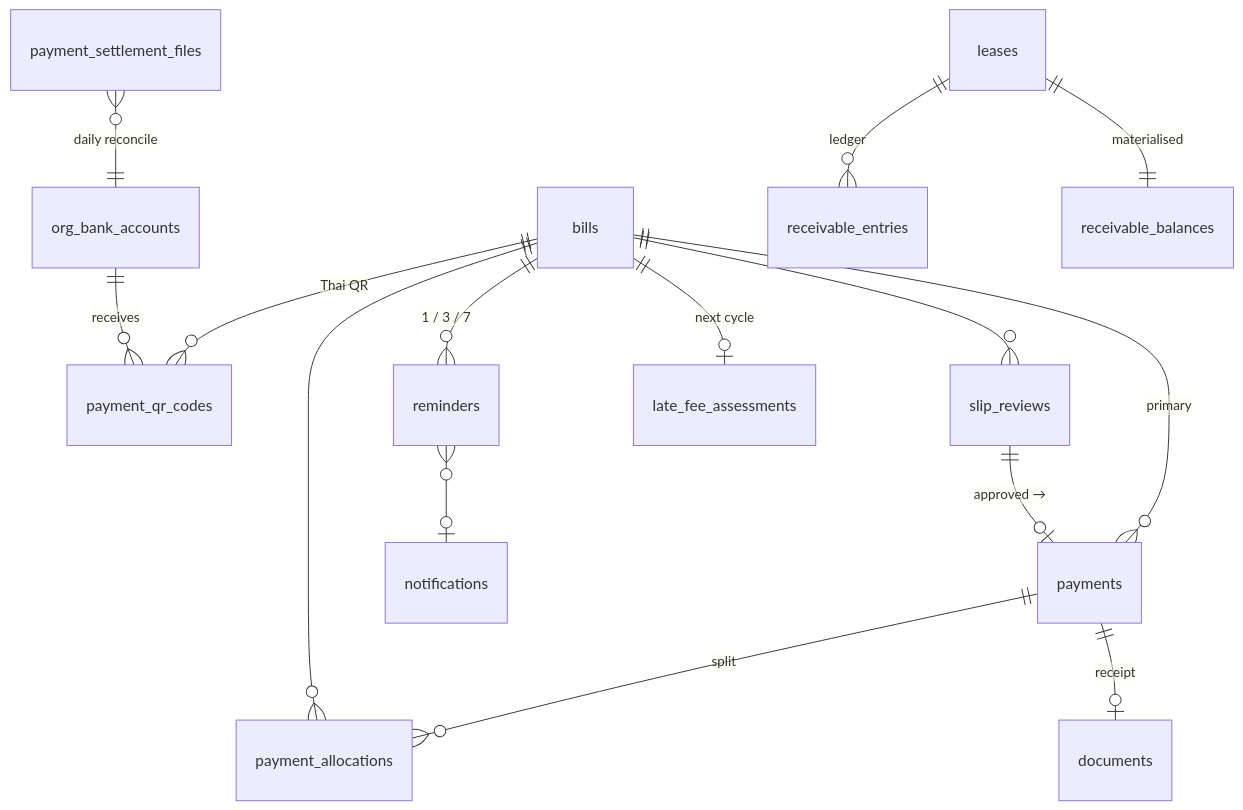
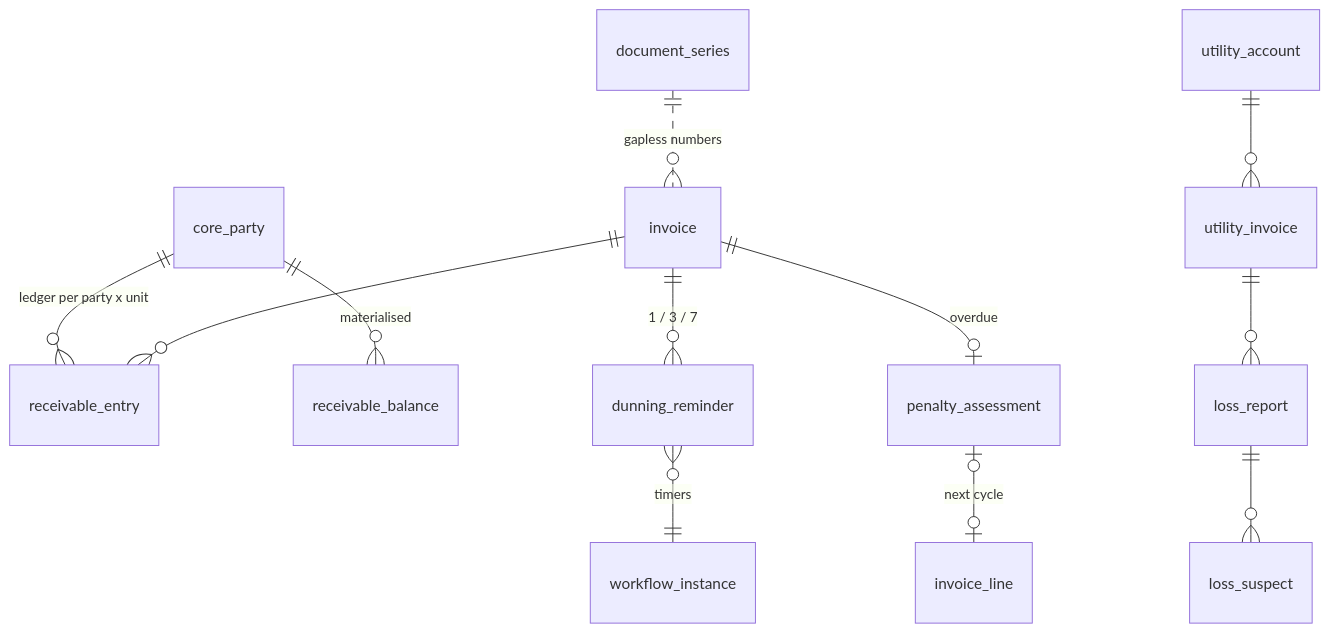
One commit to Collective-Group-Thailand/getproperty-api changed the ninth of 13 diagrams in docs/schema-design.md. Above: the diagram before and after it, drawn with Mermaid. The commit also changed other lines of this file, not shown here.

First line of the commit message:
docs(schema): schema design v2 — neutral asset core, six schemas, RLS (D-150–D-161)

````diff
--- a/docs/schema-design.md
+++ b/docs/schema-design.md
@@ -1183,17 +1238,14 @@
 ```mermaid
 erDiagram
-  bills ||--o{ payment_qr_codes : "Thai QR"
-  org_bank_accounts ||--o{ payment_qr_codes : "receives"
-  bills ||--o{ payments : "primary"
-  payments ||--o{ payment_allocations : "split"
-  bills ||--o{ payment_allocations : ""
-  slip_reviews ||--o| payments : "approved →"
-  bills ||--o{ slip_reviews : ""
-  payment_settlement_files }o--|| org_bank_accounts : "daily reconcile"
-  payments ||--o| documents : "receipt"
-  leases ||--o{ receivable_entries : "ledger"
-  leases ||--|| receivable_balances : "materialised"
-  bills ||--o{ reminders : "1 / 3 / 7"
-  reminders }o--o| notifications : ""
-  bills ||--o| late_fee_assessments : "next cycle"
+  core_party ||--o{ receivable_entry : "ledger per party x unit"
+  core_party ||--o{ receivable_balance : "materialised"
+  invoice ||--o{ receivable_entry : ""
+  invoice ||--o{ dunning_reminder : "1 / 3 / 7"
+  dunning_reminder }o--|| workflow_instance : "timers"
+  invoice ||--o| penalty_assessment : "overdue"
+  penalty_assessment |o--o| invoice_line : "next cycle"
+  document_series ||..o{ invoice : "gapless numbers"
+  utility_account ||--o{ utility_invoice : ""
+  utility_invoice ||--o{ loss_report : ""
+  loss_report ||--o{ loss_suspect : ""
 ```
````
